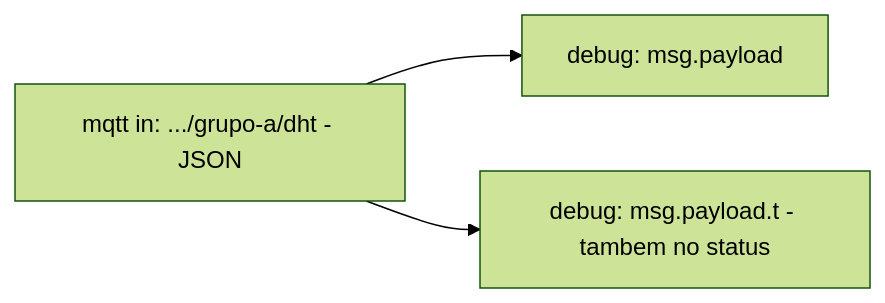
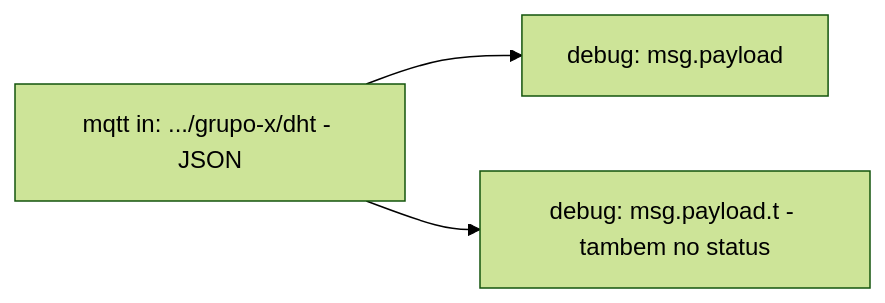
Before and after one commit to ruseleredu/iiot-docs: the third of 4 diagrams in labs-docs/LAB05-sem-dht22.mdx, drawn with Mermaid (forest theme). The commit also changed other lines of this file and 11 other files, not shown here.

````diff
--- a/labs-docs/LAB05-sem-dht22.mdx
+++ b/labs-docs/LAB05-sem-dht22.mdx
@@ -906,5 +906,5 @@
 ```mermaid
 flowchart LR
-  M[mqtt in: .../grupo-a/dht - JSON] --> D1[debug: msg.payload]
+  M[mqtt in: .../grupo-x/dht - JSON] --> D1[debug: msg.payload]
   M --> D2[debug: msg.payload.t - tambem no status]
 ```
````
